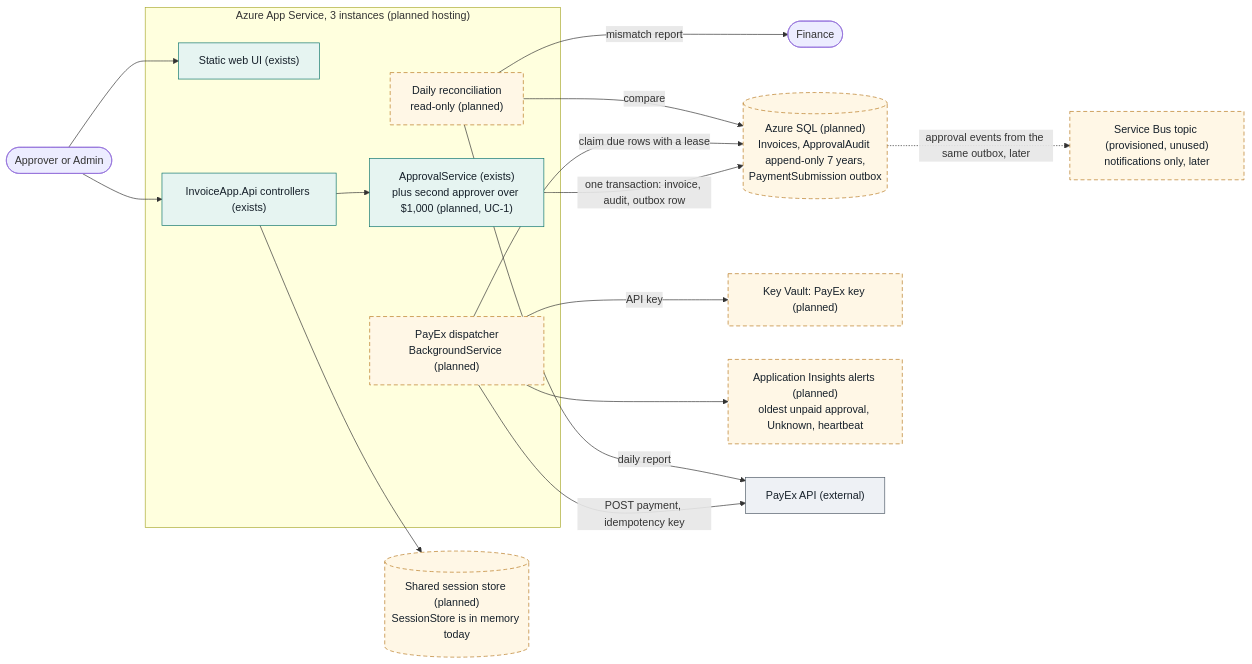
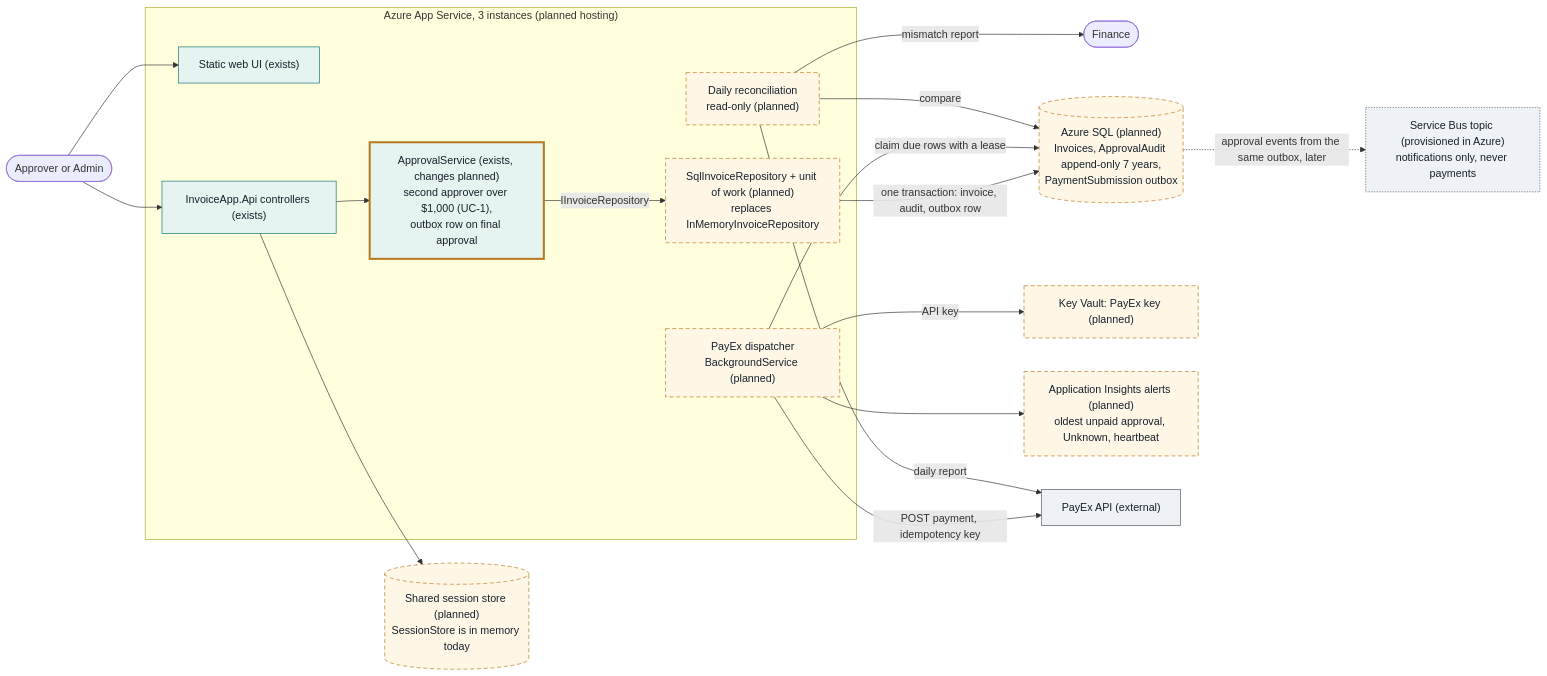
Before and after one commit to atkt-nagarro/ai-in-sdlc-assignment: the diagram in docs/architecture/diagrams/target-container.mmd, drawn with Mermaid. The commit also changed 34 other files, not shown here.

```diff
--- a/docs/architecture/diagrams/target-container.mmd
+++ b/docs/architecture/diagrams/target-container.mmd
@@ -1,39 +1,45 @@
 flowchart LR
     user(["Approver or Admin"])
     finance(["Finance"])
 
     subgraph appsvc["Azure App Service, 3 instances (planned hosting)"]
         ui["Static web UI (exists)"]
         api["InvoiceApp.Api controllers (exists)"]
-        domain["ApprovalService (exists)<br/>plus second approver over $1,000 (planned, UC-1)"]
+        domain["ApprovalService (exists, changes planned)<br/>second approver over $1,000 (UC-1),<br/>outbox row on final approval"]
+        sqlrepo["SqlInvoiceRepository + unit of work (planned)<br/>replaces InMemoryInvoiceRepository"]
         dispatcher["PayEx dispatcher<br/>BackgroundService (planned)"]
         recon["Daily reconciliation<br/>read-only (planned)"]
     end
 
     sql[("Azure SQL (planned)<br/>Invoices, ApprovalAudit append-only 7 years,<br/>PaymentSubmission outbox")]
     sessions[("Shared session store (planned)<br/>SessionStore is in memory today")]
     kv["Key Vault: PayEx key (planned)"]
     insights["Application Insights alerts (planned)<br/>oldest unpaid approval, Unknown, heartbeat"]
-    sb["Service Bus topic (provisioned, unused)<br/>notifications only, later"]
+    sb["Service Bus topic (provisioned in Azure)<br/>notifications only, never payments"]
     payex["PayEx API (external)"]
 
     user --> ui
     user --> api
     api --> domain
     api --> sessions
-    domain -->|"one transaction: invoice, audit, outbox row"| sql
+    domain -->|"IInvoiceRepository"| sqlrepo
+    sqlrepo -->|"one transaction: invoice, audit, outbox row"| sql
     dispatcher -->|"claim due rows with a lease"| sql
     dispatcher -->|"POST payment, idempotency key"| payex
     dispatcher -->|"API key"| kv
     dispatcher --> insights
     recon -->|"daily report"| payex
     recon -->|"compare"| sql
     recon -->|"mismatch report"| finance
     sql -.->|"approval events from the same outbox, later"| sb
 
     classDef planned stroke-dasharray: 6 4,fill:#fff7e6,stroke:#b7791f,color:#16202a
     classDef exists fill:#e6f4f1,stroke:#0f766e,color:#16202a
+    classDef changing fill:#e6f4f1,stroke:#b7791f,stroke-width:3px,color:#16202a
+    classDef provisioned fill:#eef1f5,stroke:#4f5b67,stroke-dasharray: 2 2,color:#16202a
     classDef external fill:#eef1f5,stroke:#4f5b67,color:#16202a
-    class dispatcher,recon,sql,sessions,kv,insights,sb planned
-    class ui,api,domain exists
+    class dispatcher,recon,sql,sessions,kv,insights,sqlrepo planned
+    class ui,api exists
+    class domain changing
+    class sb provisioned
     class payex external
```
